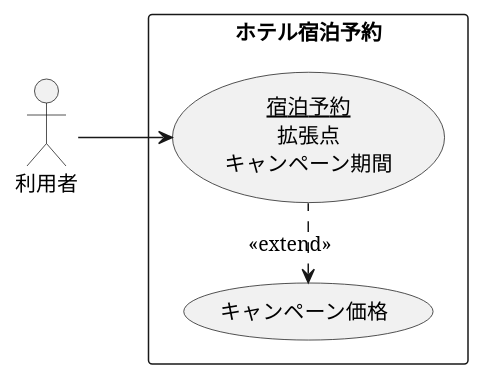
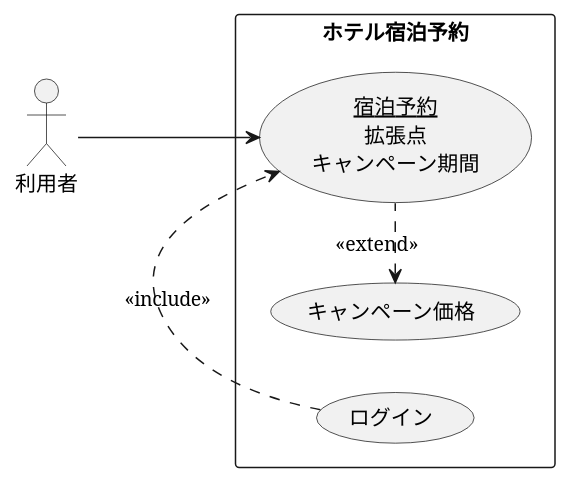
Before and after one commit to nagayamasaki/umi-intro: the diagram in 演習2/演習2-4_キャンペーン中のホテル宿泊予約.pu, drawn with PlantUML.

Commit message:
演習2-4の編集

```diff
--- a/演習2/演習2-4_キャンペーン中のホテル宿泊予約.pu
+++ b/演習2/演習2-4_キャンペーン中のホテル宿泊予約.pu
@@ -1,13 +1,26 @@
 @startuml ユースケース図
 left to right direction
+' actor 利用者
+'  rectangle ホテル宿泊予約{
+'    ' usecase ログイン
+'     usecase (<u>宿泊予約</u>\n拡張点\nキャンペーン期間) as input
+'     usecase キャンペーン価格
+'  }
+'  利用者 --> input
+' '  ログイン .> input : << include >>
+'  キャンペーン価格 <. input : << extend >>
+
+ left to right direction
 actor 利用者
  rectangle ホテル宿泊予約{
-   ' usecase ログイン
     usecase (<u>宿泊予約</u>\n拡張点\nキャンペーン期間) as input
     usecase キャンペーン価格
+    usecase ログイン
+
  }
  利用者 --> input
-'  ログイン .> input : << include >>
  キャンペーン価格 <. input : << extend >>
+ ログイン .> input: << include >>
  
+
 @enduml
```
